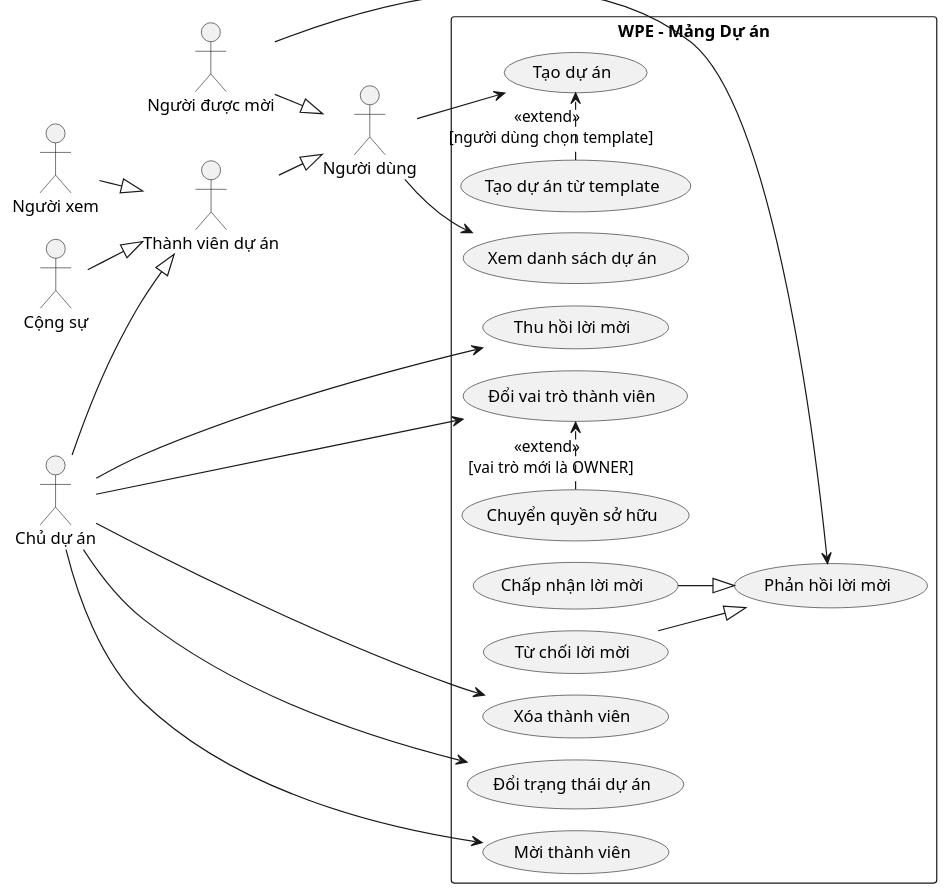
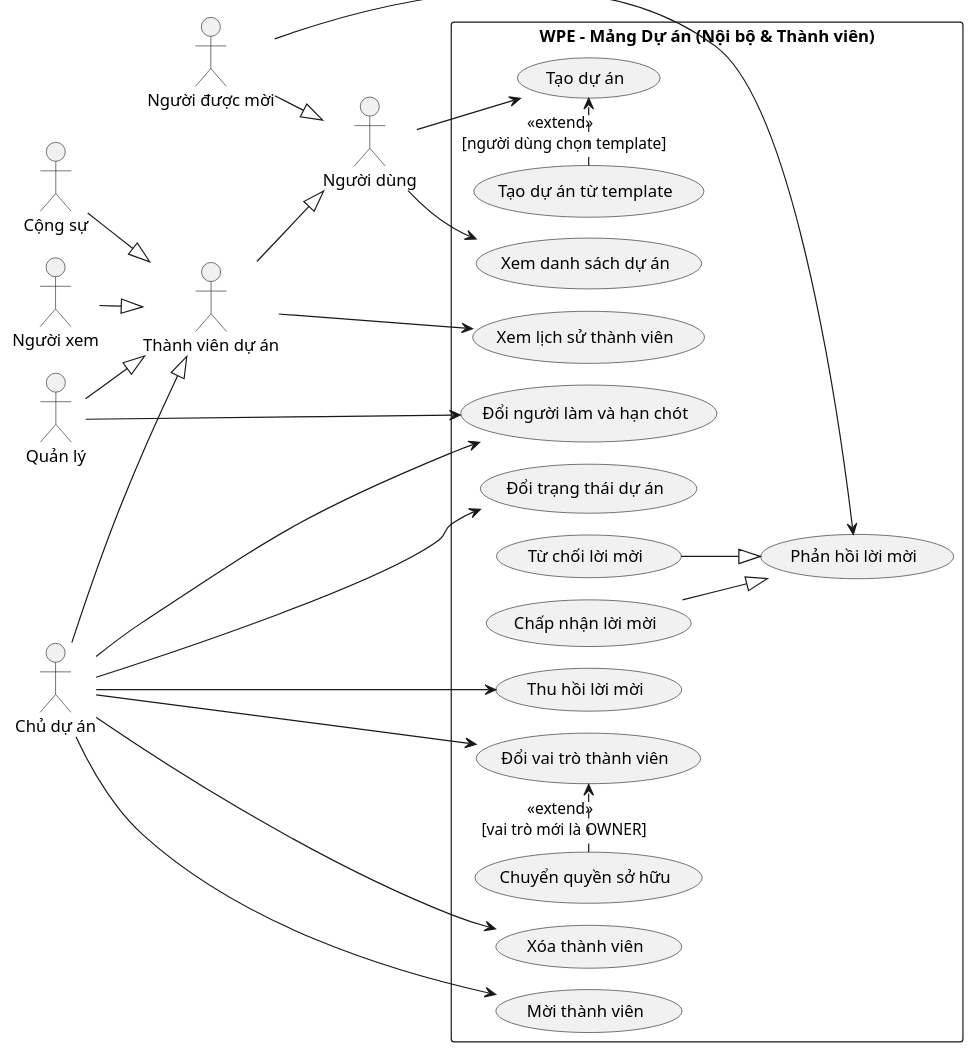
Before and after one commit to ThanhThien-coder/Workflow-Pipeline-Engine: the first of 2 diagrams in docs/ooad/D-du-an/uc-du-an.puml, drawn with PlantUML. The commit also changed other lines of this file and 8 other files, not shown here.

```diff
--- a/docs/ooad/D-du-an/uc-du-an.puml
+++ b/docs/ooad/D-du-an/uc-du-an.puml
@@ -4,52 +4,61 @@
 @startuml uc-du-an-noi-bo
 !pragma layout smetana
 left to right direction
 skinparam packageStyle rectangle
 skinparam shadowing false
 
 actor "Người dùng" as User
 actor "Thành viên dự án" as Member
 actor "Chủ dự án" as Owner
+actor "Quản lý" as Manager
 actor "Cộng sự" as Collab
 actor "Người xem" as Viewer
 actor "Người được mời" as Invitee
 
 Member --|> User
 Owner --|> Member
+Manager --|> Member
 Collab --|> Member
 Viewer --|> Member
 Invitee --|> User
 
-rectangle "WPE - Mảng Dự án" {
+rectangle "WPE - Mảng Dự án (Nội bộ & Thành viên)" {
   usecase "Tạo dự án" as UC_Create
   usecase "Tạo dự án từ template" as UC_Clone
   usecase "Xem danh sách dự án" as UC_List
   usecase "Đổi trạng thái dự án" as UC_Status
   usecase "Mời thành viên" as UC_Invite
   usecase "Thu hồi lời mời" as UC_RevokeInvite
   usecase "Phản hồi lời mời" as UC_RespondInvite
   usecase "Chấp nhận lời mời" as UC_AcceptInvite
   usecase "Từ chối lời mời" as UC_RejectInvite
   usecase "Đổi vai trò thành viên" as UC_ChangeRole
   usecase "Chuyển quyền sở hữu" as UC_TransferOwner
   usecase "Xóa thành viên" as UC_RemoveMember
+  usecase "Xem lịch sử thành viên" as UC_MemberHistory
+  usecase "Đổi người làm và hạn chót" as UC_Assign
 }
 
 User --> UC_Create
 User --> UC_List
 
 Owner --> UC_Status
 Owner --> UC_Invite
 Owner --> UC_RevokeInvite
 Owner --> UC_ChangeRole
 Owner --> UC_RemoveMember
+Owner --> UC_Assign
+
+Manager --> UC_Assign
+
+Member --> UC_MemberHistory
 
 Invitee --> UC_RespondInvite
 
 UC_Clone .> UC_Create : <<extend>> \n [người dùng chọn template]
 UC_TransferOwner .> UC_ChangeRole : <<extend>> \n [vai trò mới là OWNER]
 
 UC_AcceptInvite --|> UC_RespondInvite
 UC_RejectInvite --|> UC_RespondInvite
 
 @enduml
```
